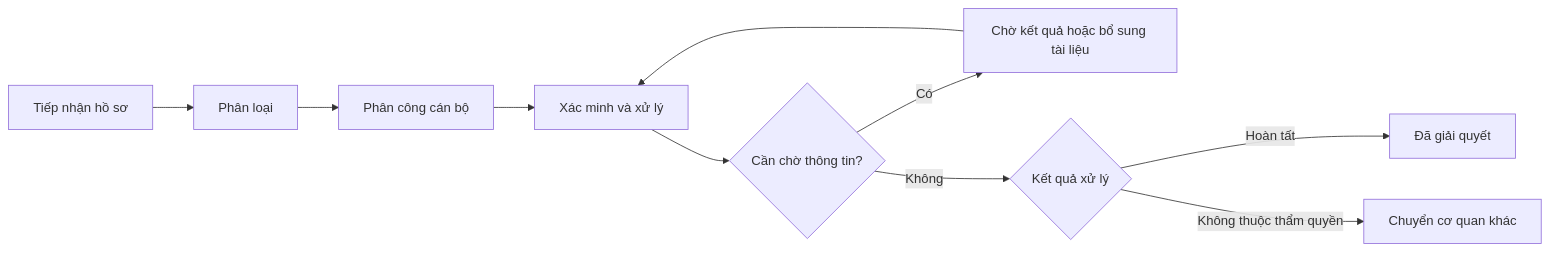
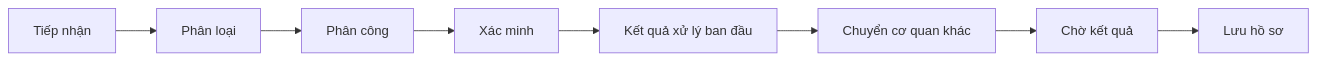
The third of 4 diagrams in doc/Thiet_Ke_He_Thong_Quan_Ly_Ho_So_WPF_NET5.md (nmthang3321/QuanLyHoSo), drawn with Mermaid before and after one commit. The commit also changed other lines of this file and 51 other files, not shown here.

````diff
--- a/doc/Thiet_Ke_He_Thong_Quan_Ly_Ho_So_WPF_NET5.md
+++ b/doc/Thiet_Ke_He_Thong_Quan_Ly_Ho_So_WPF_NET5.md
@@ -213,12 +213,10 @@
 ```mermaid
 flowchart LR
-    A[Tiếp nhận hồ sơ] --> B[Phân loại]
-    B --> C[Phân công cán bộ]
-    C --> D[Xác minh và xử lý]
-    D --> E{Cần chờ thông tin?}
-    E -->|Có| F[Chờ kết quả hoặc bổ sung tài liệu]
-    F --> D
-    E -->|Không| G{Kết quả xử lý}
-    G -->|Hoàn tất| H[Đã giải quyết]
-    G -->|Không thuộc thẩm quyền| I[Chuyển cơ quan khác]
+    A[Tiếp nhận] --> B[Phân loại]
+    B --> C[Phân công]
+    C --> D[Xác minh]
+    D --> E[Kết quả xử lý ban đầu]
+    E --> F[Chuyển cơ quan khác]
+    F --> G[Chờ kết quả]
+    G --> H[Lưu hồ sơ]
 ```
````
